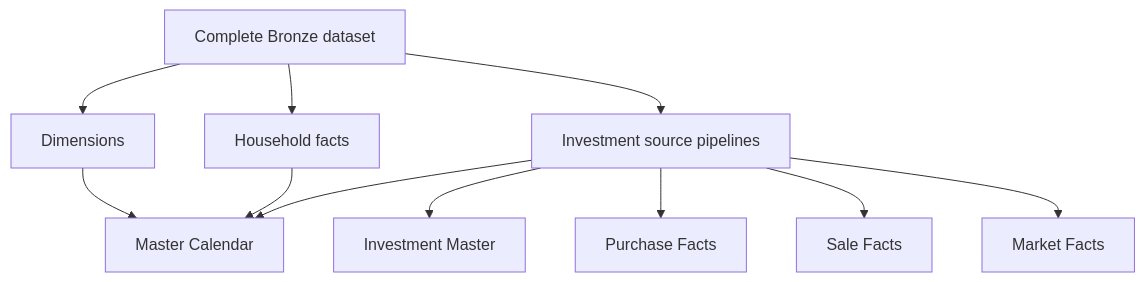
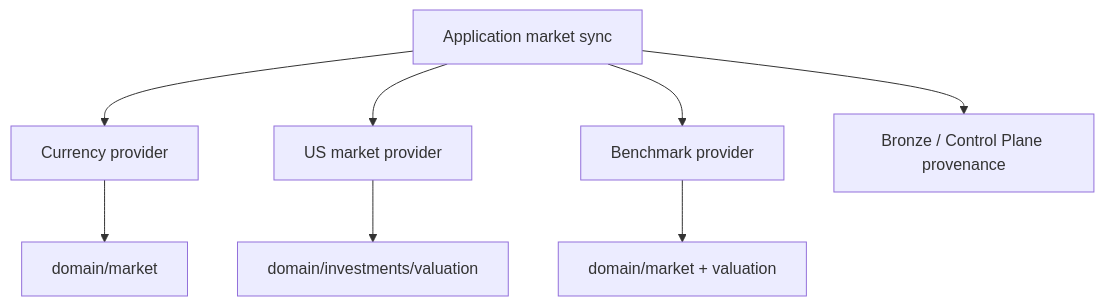
The eighth of 16 diagrams in docs/architecture/system-architecture.md (tks18/personal-finance-etl), drawn with Mermaid before and after one commit. The commit also changed other lines of this file and 10 other files, not shown here.

Commit message:
docs: update docs/architecture for latest version

````diff
--- a/docs/architecture/system-architecture.md
+++ b/docs/architecture/system-architecture.md
@@ -337,15 +288,10 @@
 ```mermaid
 flowchart TB
-    RAW[Complete Bronze dataset] --> DIM[Dimensions]
-    RAW --> HH[Household facts]
-    RAW --> INV[Investment source pipelines]
-
-    DIM --> CAL[Master Calendar]
-    HH --> CAL
-    INV --> CAL
-
-    INV --> MASTER[Investment Master]
-    INV --> PURCHASE[Purchase Facts]
-    INV --> SALE[Sale Facts]
-    INV --> MARKET[Market Facts]
+    APP[Application market sync] --> FXP[Currency provider]
+    APP --> USP[US market provider]
+    APP --> BMP[Benchmark provider]
+    FXP --> DM[domain/market]
+    USP --> IV[domain/investments/valuation]
+    BMP --> BENCH[domain/market + valuation]
+    APP --> BR[Bronze / Control Plane provenance]
 ```
````
